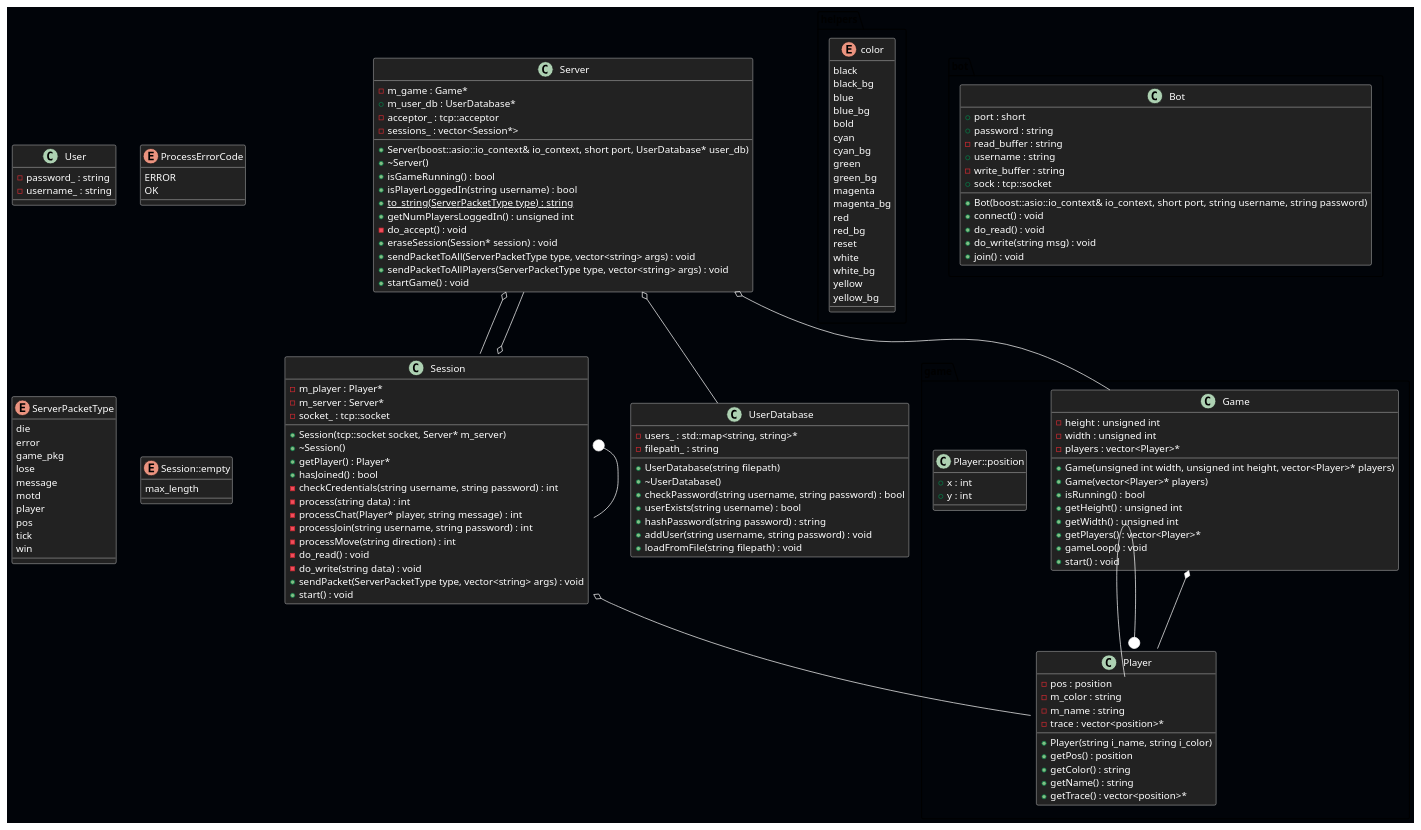
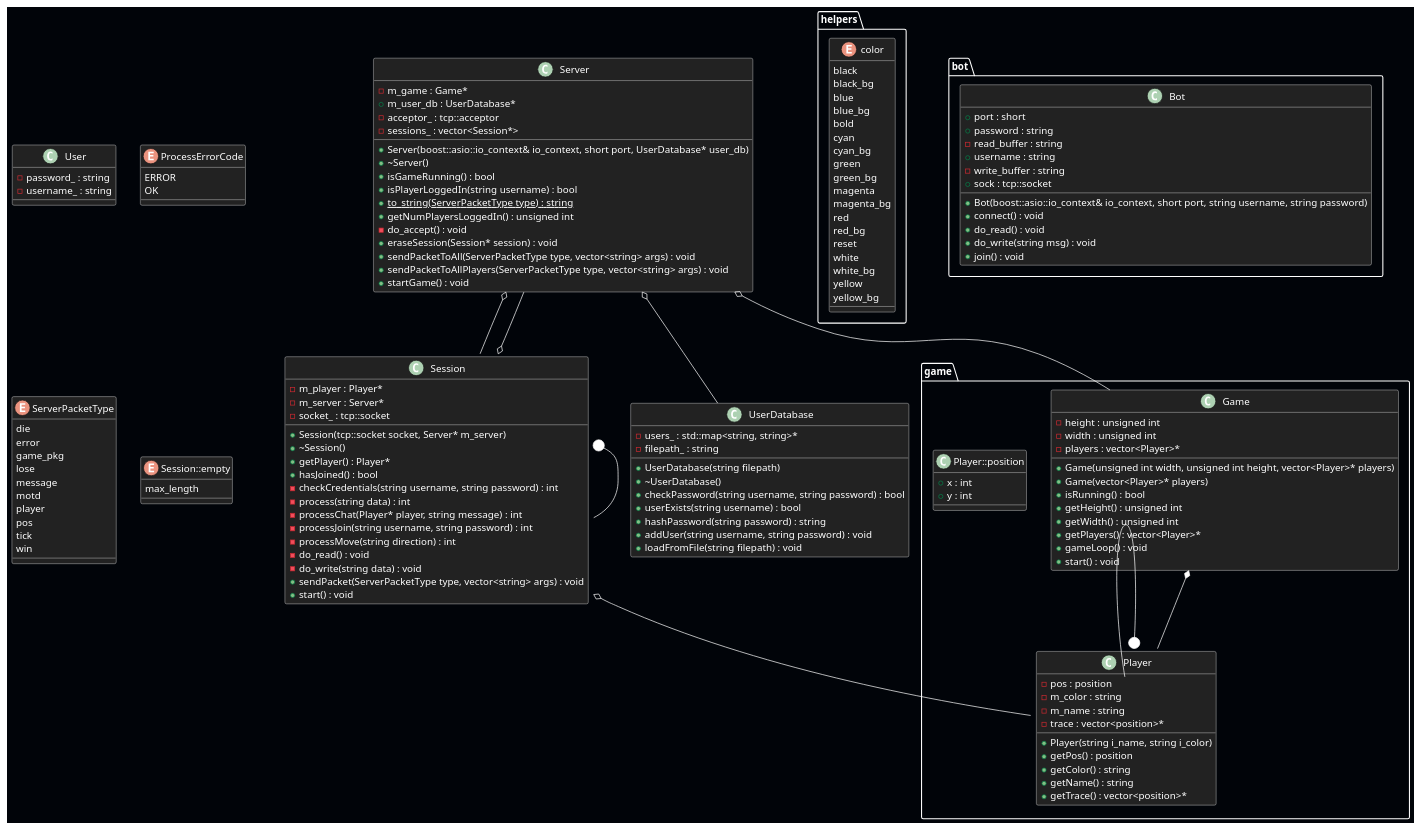
Before and after one commit to Proliecan/paper-jetzt: the diagram in overview.plantuml, drawn with PlantUML. The commit also changed 2 other files, not shown here.

```diff
--- a/overview.plantuml
+++ b/overview.plantuml
@@ -1,4 +1,6 @@
 @startuml overview
+
+skinparam DefaultFontColor White
 
 <Style>
 document{
@@ -11,6 +13,11 @@
 
 class{
 	BackgroundColor #222222
+	LineColor White
+	FontColor White
+}
+
+package{
 	LineColor White
 	FontColor White
 }
```
